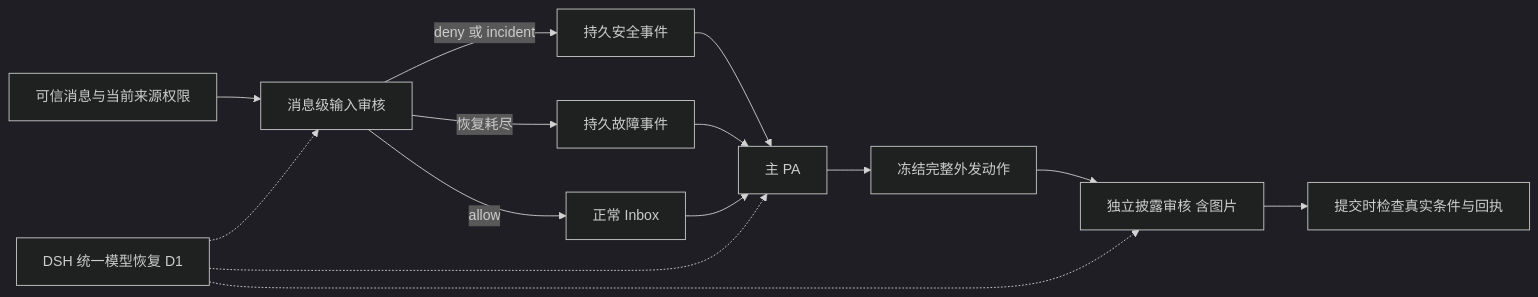
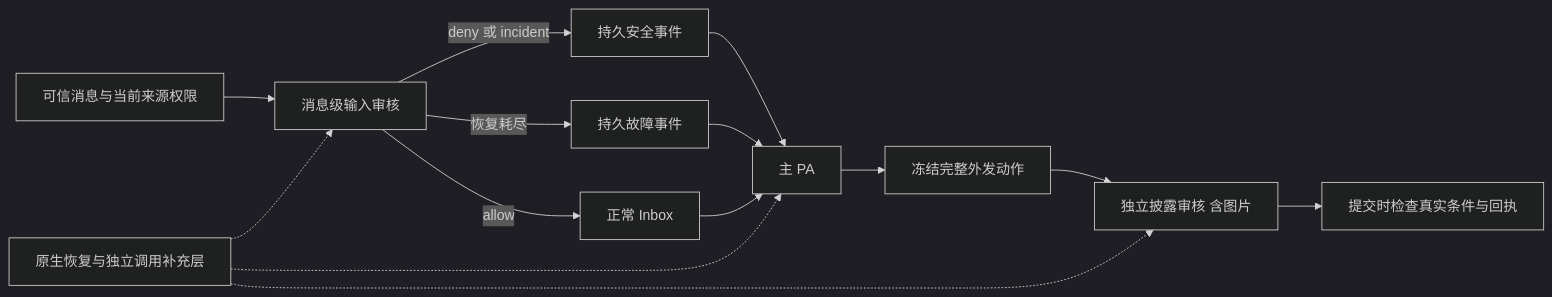
One commit to Mrchen116/nano-multiagent changed the diagram in docs/changes/bugfix-678-pa-permission-boundaries/design.md. Above: the diagram before and after it, drawn with Mermaid (dark theme). The commit also changed other lines of this file and 3 other files, not shown here.

````diff
--- a/docs/changes/bugfix-678-pa-permission-boundaries/design.md
+++ b/docs/changes/bugfix-678-pa-permission-boundaries/design.md
@@ -40,16 +40,16 @@
 ```mermaid
 flowchart LR
   A[可信消息与当前来源权限] --> B[消息级输入审核]
   B -->|allow| C[正常 Inbox]
   B -->|deny 或 incident| D[持久安全事件]
   B -->|恢复耗尽| E[持久故障事件]
   D --> F[主 PA]
   E --> F
   C --> F
   F --> G[冻结完整外发动作]
   G --> H[独立披露审核 含图片]
   H --> I[提交时检查真实条件与回执]
-  J[DSH 统一模型恢复 D1] -.-> B
+  J[原生恢复与独立调用补充层] -.-> B
   J -.-> H
   J -.-> F
 ```
````
